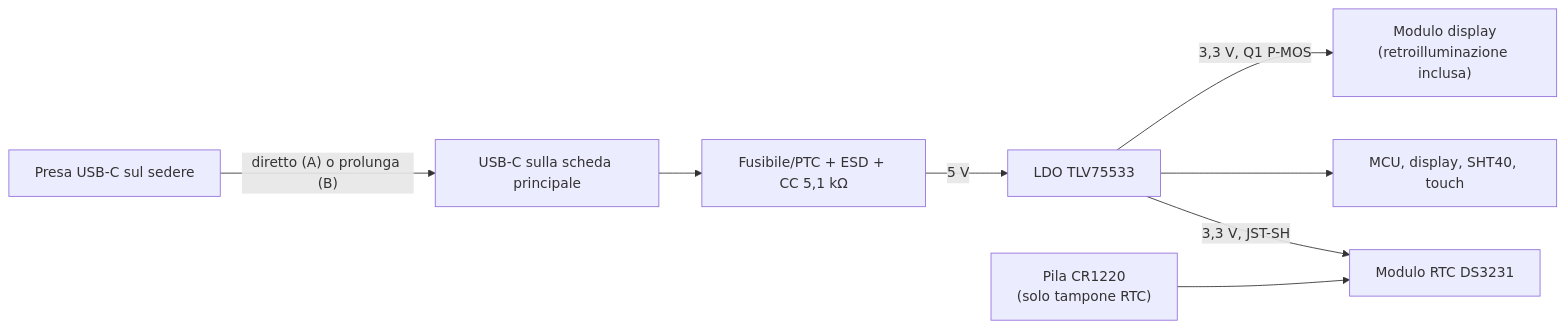
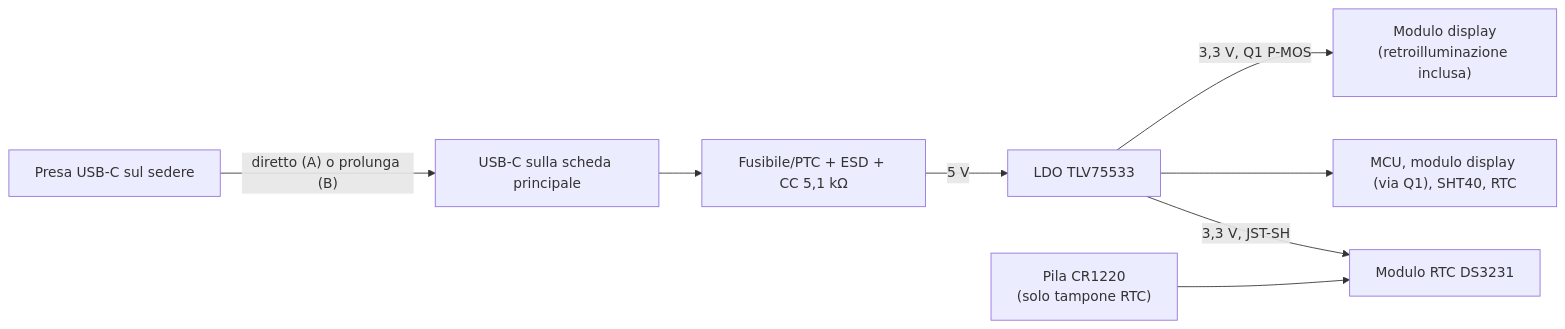
The diagram in docs/03-alimentazione-ricarica.md (seba379/PoliClock), drawn with Mermaid before and after one commit. The commit also changed other lines of this file and 28 other files, not shown here.

````diff
--- a/docs/03-alimentazione-ricarica.md
+++ b/docs/03-alimentazione-ricarica.md
@@ -18,10 +18,10 @@
 ```mermaid
 flowchart LR
     USB["Presa USB-C sul sedere"] -->|"diretto (A) o prolunga (B)"| IN["USB-C sulla scheda principale"]
     IN --> PROT["Fusibile/PTC + ESD + CC 5,1 kΩ"]
     PROT -->|"5 V"| REG["LDO TLV75533"]
     REG -->|"3,3 V, Q1 P-MOS"| BL["Modulo display<br/>(retroilluminazione inclusa)"]
-    REG --> LOADS["MCU, display, SHT40, touch"]
+    REG --> LOADS["MCU, modulo display (via Q1), SHT40, RTC"]
     REG -->|"3,3 V, JST-SH"| RTC["Modulo RTC DS3231"]
     CAP["Pila CR1220<br/>(solo tampone RTC)"] --> RTC
 ```
````
